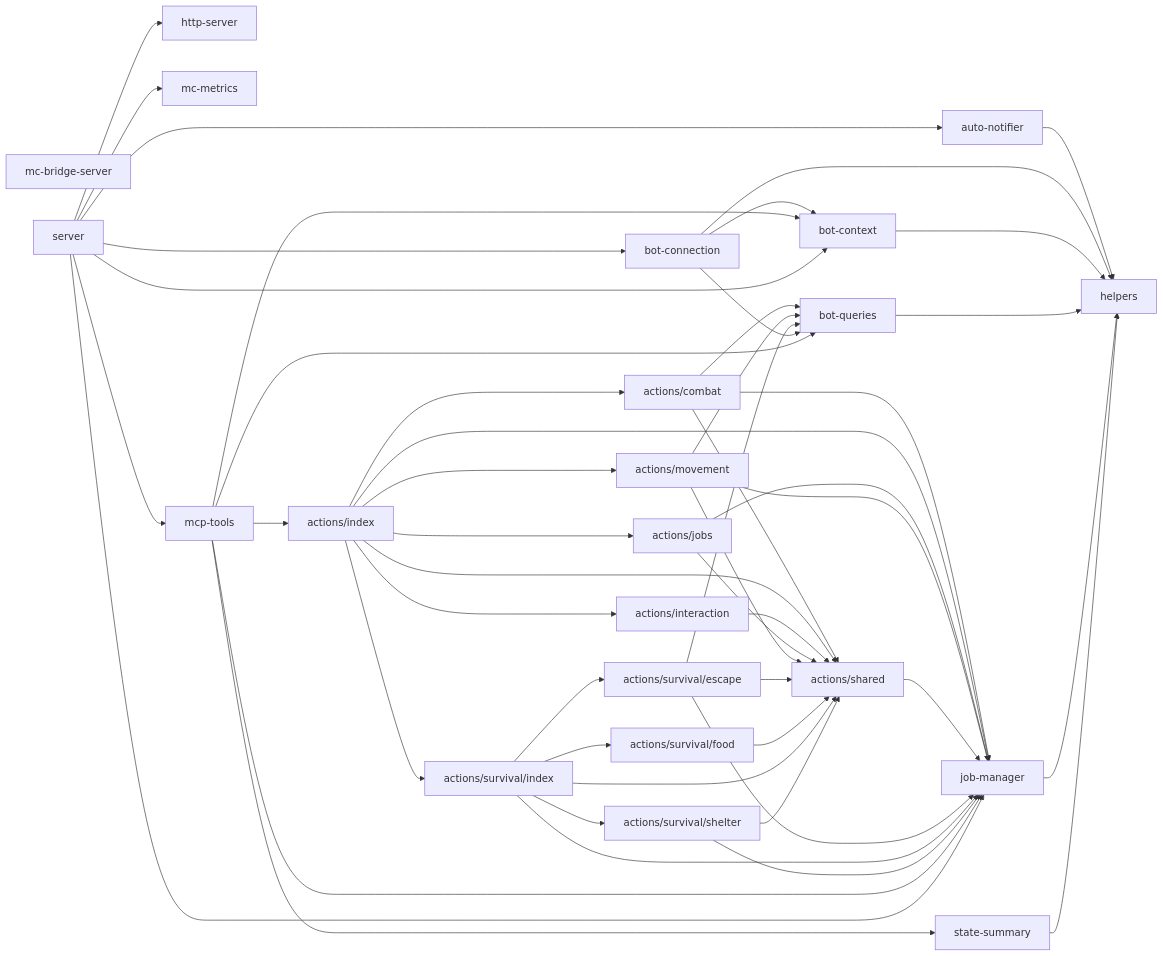
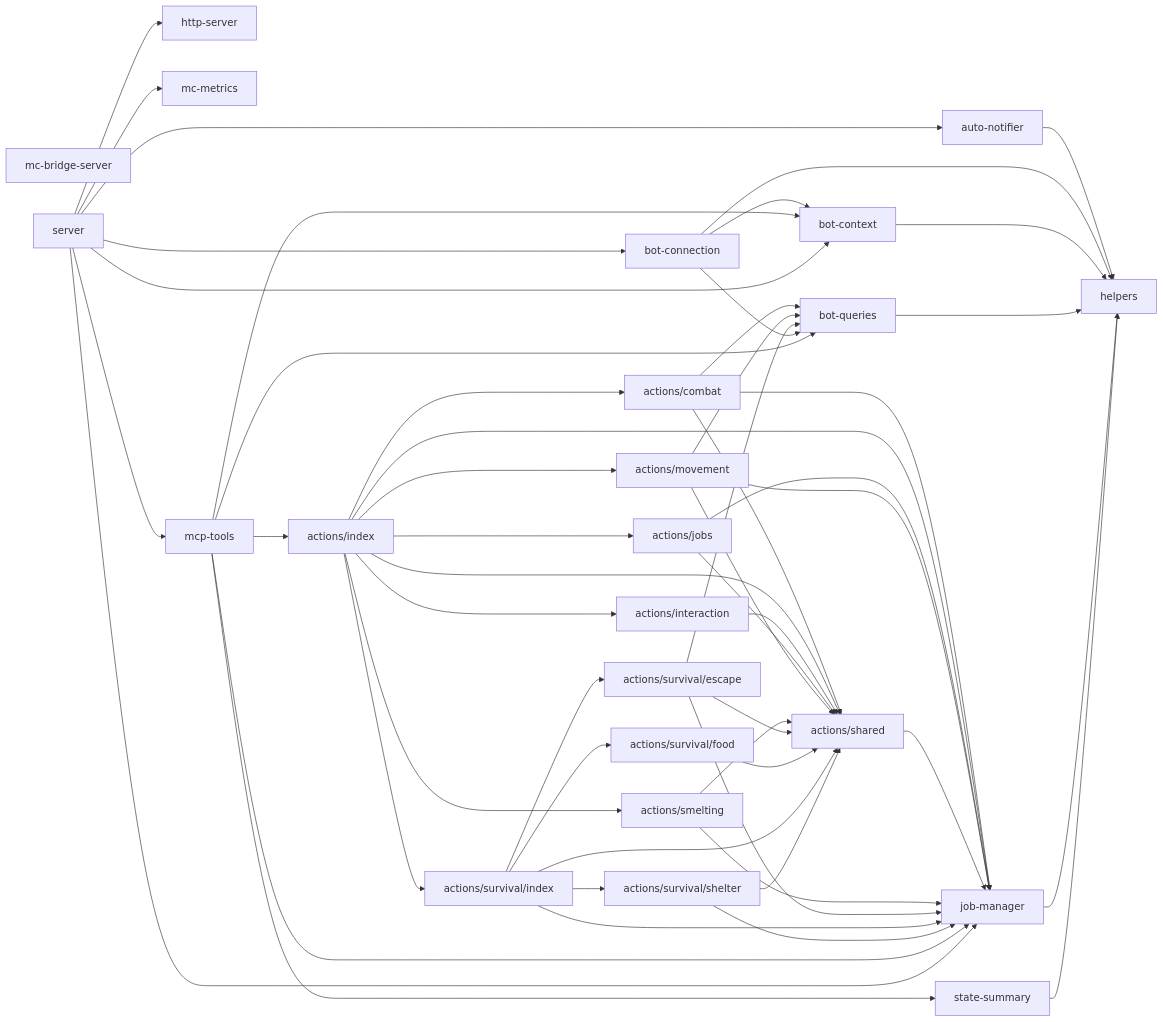
The diagram in packages/minecraft/DEPS.md (OJII3/vicissitude), drawn with Mermaid before and after one commit. The commit also changed other lines of this file and 22 other files, not shown here.

````diff
--- a/packages/minecraft/DEPS.md
+++ b/packages/minecraft/DEPS.md
@@ -7,55 +7,58 @@
 ```mermaid
 graph LR
   actions_combat["actions/combat"] --> actions_shared["actions/shared"]
   actions_combat["actions/combat"] --> bot_queries["bot-queries"]
   actions_combat["actions/combat"] --> job_manager["job-manager"]
   actions_index["actions/index"] --> actions_combat["actions/combat"]
   actions_index["actions/index"] --> actions_interaction["actions/interaction"]
   actions_index["actions/index"] --> actions_jobs["actions/jobs"]
   actions_index["actions/index"] --> actions_movement["actions/movement"]
   actions_index["actions/index"] --> actions_shared["actions/shared"]
+  actions_index["actions/index"] --> actions_smelting["actions/smelting"]
   actions_index["actions/index"] --> actions_survival_index["actions/survival/index"]
   actions_index["actions/index"] --> job_manager["job-manager"]
   actions_interaction["actions/interaction"] --> actions_shared["actions/shared"]
   actions_jobs["actions/jobs"] --> actions_shared["actions/shared"]
   actions_jobs["actions/jobs"] --> job_manager["job-manager"]
   actions_movement["actions/movement"] --> actions_shared["actions/shared"]
   actions_movement["actions/movement"] --> bot_queries["bot-queries"]
   actions_movement["actions/movement"] --> job_manager["job-manager"]
   actions_shared["actions/shared"] --> job_manager["job-manager"]
+  actions_smelting["actions/smelting"] --> actions_shared["actions/shared"]
+  actions_smelting["actions/smelting"] --> job_manager["job-manager"]
   actions_survival_escape["actions/survival/escape"] --> actions_shared["actions/shared"]
   actions_survival_escape["actions/survival/escape"] --> bot_queries["bot-queries"]
   actions_survival_escape["actions/survival/escape"] --> job_manager["job-manager"]
   actions_survival_food["actions/survival/food"] --> actions_shared["actions/shared"]
   actions_survival_index["actions/survival/index"] --> actions_shared["actions/shared"]
   actions_survival_index["actions/survival/index"] --> actions_survival_escape["actions/survival/escape"]
   actions_survival_index["actions/survival/index"] --> actions_survival_food["actions/survival/food"]
   actions_survival_index["actions/survival/index"] --> actions_survival_shelter["actions/survival/shelter"]
   actions_survival_index["actions/survival/index"] --> job_manager["job-manager"]
   actions_survival_shelter["actions/survival/shelter"] --> actions_shared["actions/shared"]
   actions_survival_shelter["actions/survival/shelter"] --> job_manager["job-manager"]
   auto_notifier["auto-notifier"] --> helpers
   bot_connection["bot-connection"] --> bot_context["bot-context"]
   bot_connection["bot-connection"] --> bot_queries["bot-queries"]
   bot_connection["bot-connection"] --> helpers
   bot_context["bot-context"] --> helpers
   bot_queries["bot-queries"] --> helpers
   helpers
   http_server["http-server"]
   job_manager["job-manager"] --> helpers
   mc_bridge_server["mc-bridge-server"]
   mc_metrics["mc-metrics"]
   mcp_tools["mcp-tools"] --> actions_index["actions/index"]
   mcp_tools["mcp-tools"] --> bot_context["bot-context"]
   mcp_tools["mcp-tools"] --> bot_queries["bot-queries"]
   mcp_tools["mcp-tools"] --> job_manager["job-manager"]
   mcp_tools["mcp-tools"] --> state_summary["state-summary"]
   server --> auto_notifier["auto-notifier"]
   server --> bot_connection["bot-connection"]
   server --> bot_context["bot-context"]
   server --> http_server["http-server"]
   server --> job_manager["job-manager"]
   server --> mc_metrics["mc-metrics"]
   server --> mcp_tools["mcp-tools"]
   state_summary["state-summary"] --> helpers
 ```
````
